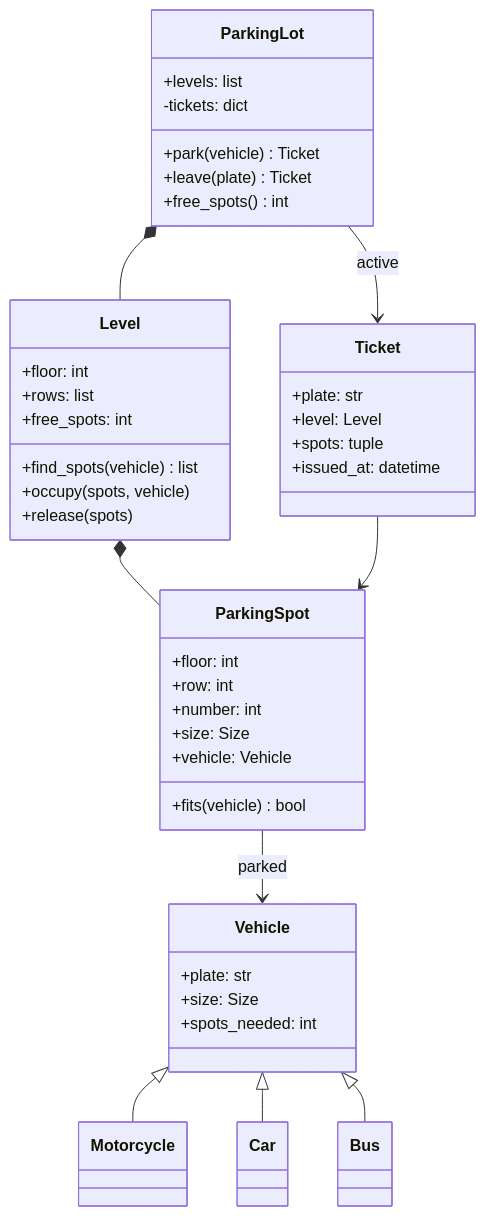
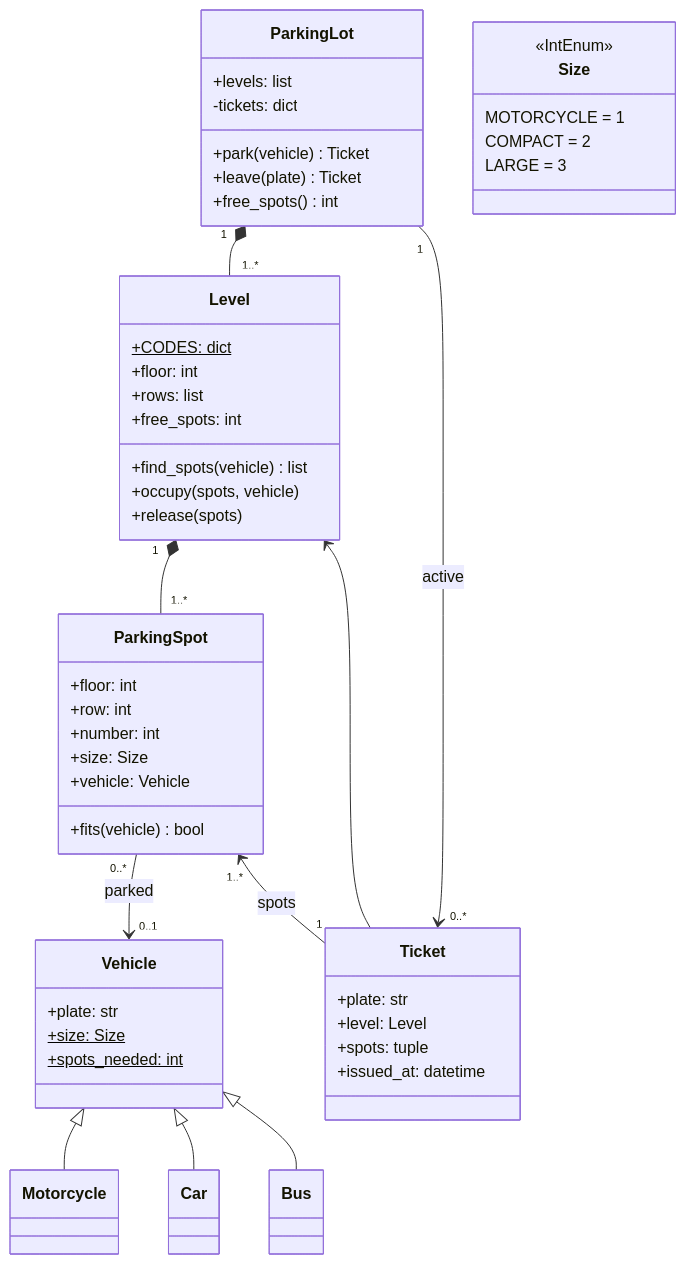
The diagram in src/content/docs/ood/parking-lot.mdx (butyavk/system-design), drawn with Mermaid before and after one commit. The commit also changed other lines of this file and 144 other files, not shown here.

````diff
--- a/src/content/docs/ood/parking-lot.mdx
+++ b/src/content/docs/ood/parking-lot.mdx
@@ -37,45 +37,53 @@
 ```mermaid
 classDiagram
   class ParkingLot {
     +levels: list
     -tickets: dict
     +park(vehicle) Ticket
     +leave(plate) Ticket
     +free_spots() int
   }
   class Level {
+    +CODES: dict$
     +floor: int
     +rows: list
     +free_spots: int
     +find_spots(vehicle) list
     +occupy(spots, vehicle)
     +release(spots)
   }
   class ParkingSpot {
     +floor: int
     +row: int
     +number: int
     +size: Size
     +vehicle: Vehicle
     +fits(vehicle) bool
   }
   class Vehicle {
     +plate: str
-    +size: Size
-    +spots_needed: int
+    +size: Size$
+    +spots_needed: int$
+  }
+  class Size {
+    <<IntEnum>>
+    MOTORCYCLE = 1
+    COMPACT = 2
+    LARGE = 3
   }
   class Ticket {
     +plate: str
     +level: Level
     +spots: tuple
     +issued_at: datetime
   }
-  ParkingLot *-- Level
-  Level *-- ParkingSpot
-  ParkingLot --> Ticket : active
-  Ticket --> ParkingSpot
-  ParkingSpot --> Vehicle : parked
+  ParkingLot "1" *-- "1..*" Level
+  Level "1" *-- "1..*" ParkingSpot
+  ParkingLot "1" --> "0..*" Ticket : active
+  Level <-- Ticket
+  ParkingSpot "1..*" <-- "1" Ticket : spots
+  ParkingSpot "0..*" --> "0..1" Vehicle : parked
   Vehicle <|-- Motorcycle
   Vehicle <|-- Car
   Vehicle <|-- Bus
 ```
````
